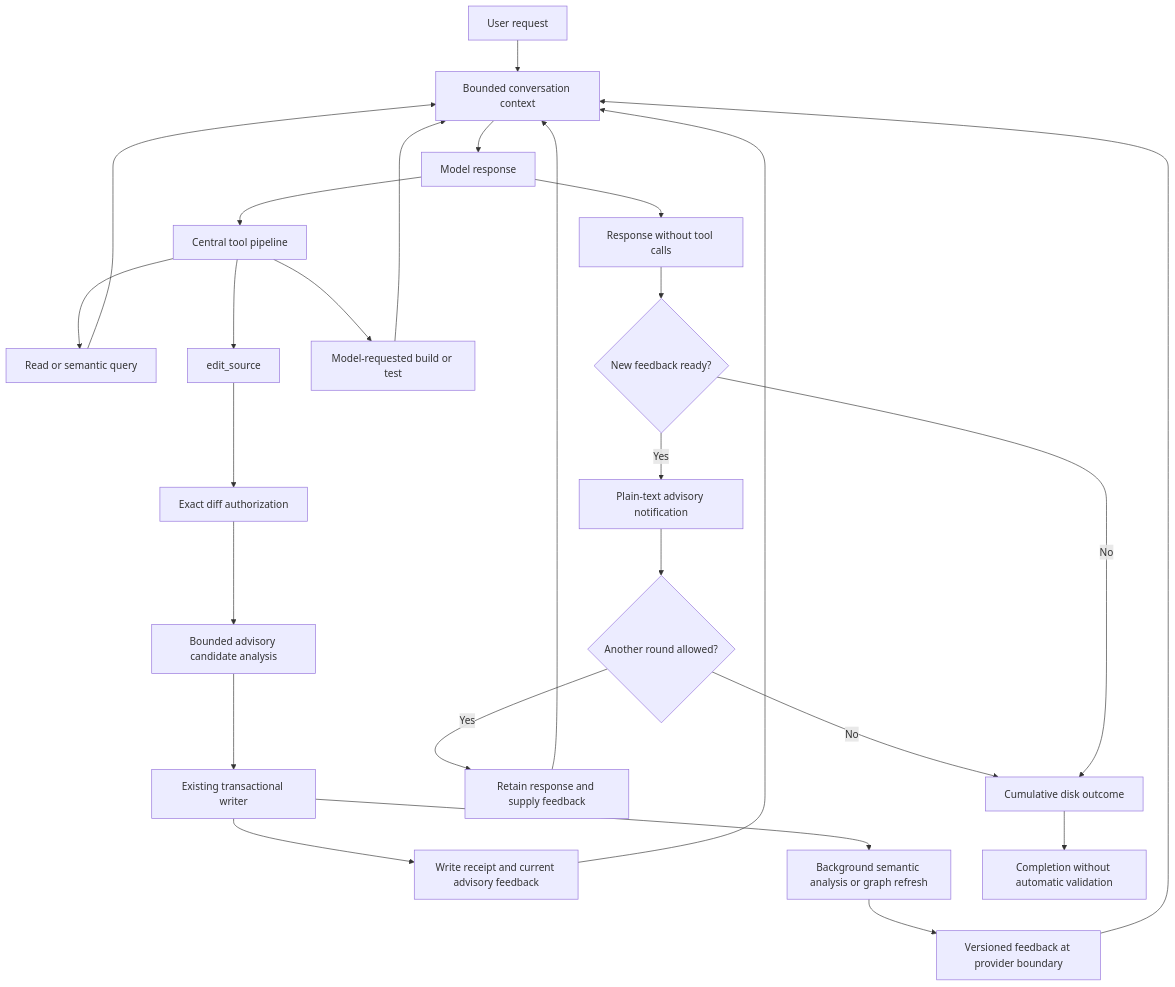
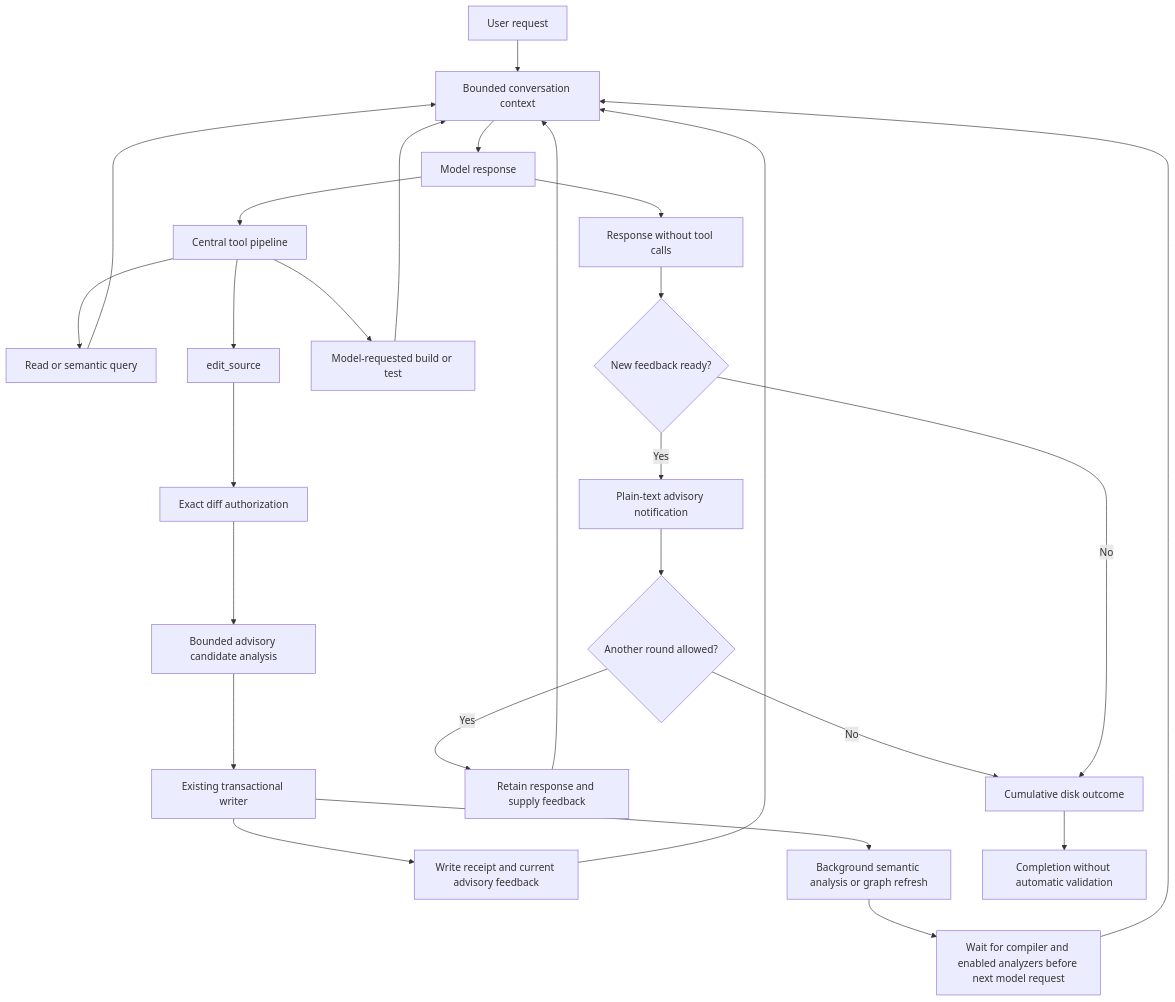
The diagram in docs/operations/conversation-loop.md (Threadsmith-NET/Threadsmith.NET), drawn with Mermaid before and after one commit. The commit also changed other lines of this file and 39 other files, not shown here.

First line of the commit message:
Consolidate path policy and review edit feedback before validation

````diff
--- a/docs/operations/conversation-loop.md
+++ b/docs/operations/conversation-loop.md
@@ -9,28 +9,28 @@
 ```mermaid
 flowchart TD
     U[User request] --> C[Bounded conversation context]
     C --> M[Model response]
     M --> T[Central tool pipeline]
     T --> R[Read or semantic query]
     R --> C
     T --> E[edit_source]
     E --> A[Exact diff authorization]
     A --> S[Bounded advisory candidate analysis]
     S --> W[Existing transactional writer]
     W --> F[Write receipt and current advisory feedback]
     F --> C
     W --> B[Background semantic analysis or graph refresh]
-    B --> P[Versioned feedback at provider boundary]
+    B --> P[Wait for compiler and enabled analyzers before next model request]
     P --> C
     M --> D[Response without tool calls]
     T --> V[Model-requested build or test]
     V --> C
     D --> Q{New feedback ready?}
     Q -->|Yes| N[Plain-text advisory notification]
     N --> L{Another round allowed?}
     L -->|Yes| H[Retain response and supply feedback]
     H --> C
     L -->|No| O[Cumulative disk outcome]
     Q -->|No| O
     O --> X[Completion without automatic validation]
 ```
````
